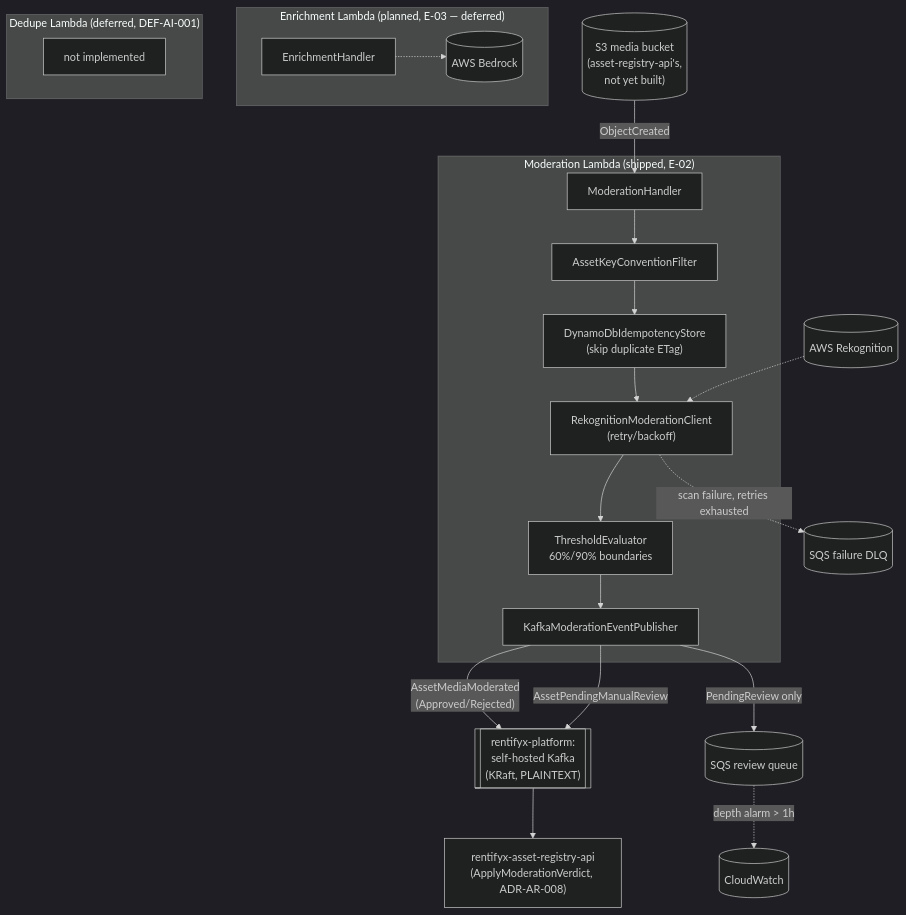
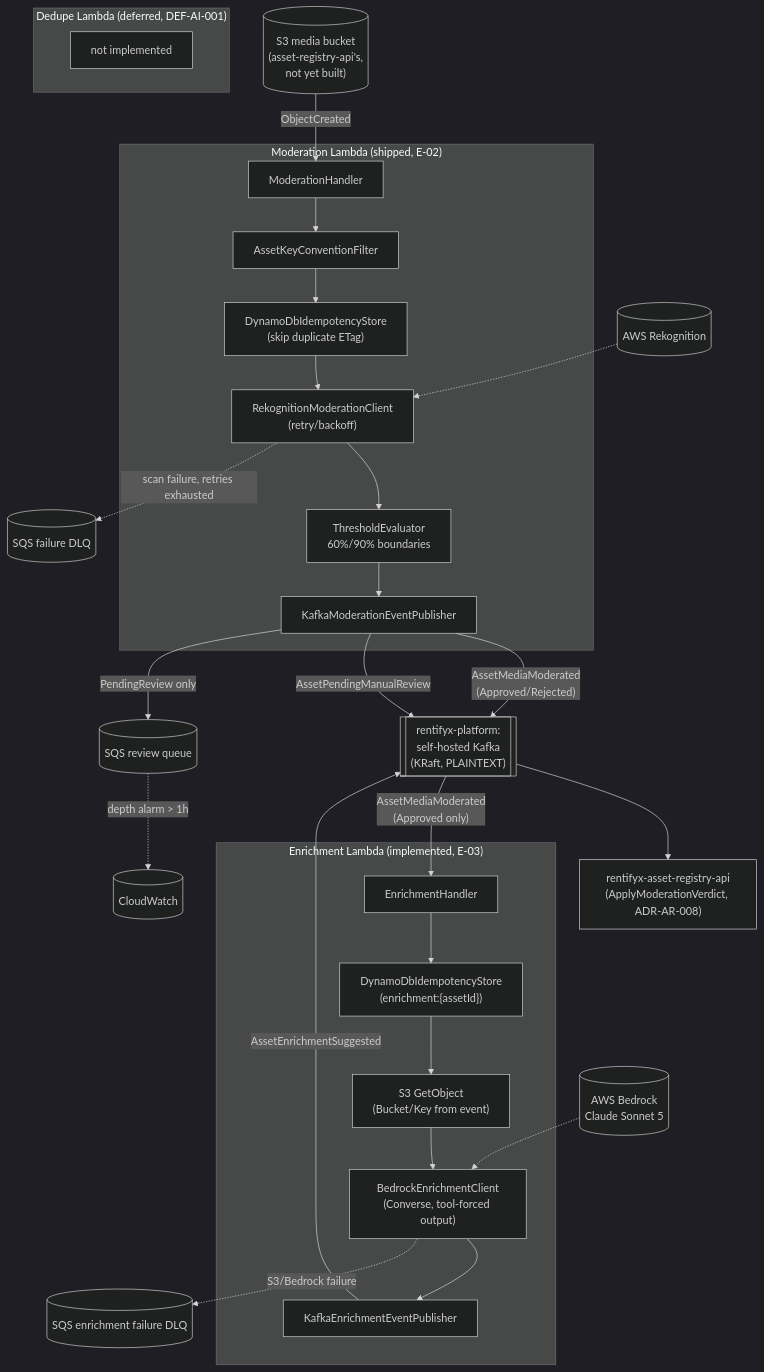
Before and after one commit to eugeniobandeira/rentifyx-ai-services: the diagram in README.md, drawn with Mermaid (dark theme). The commit also changed other lines of this file and 1 other file, not shown here.

First line of the commit message:
docs: document Lambda triggers, infra, and fix stale Enrichment status

````diff
--- a/README.md
+++ b/README.md
@@ -23,30 +23,39 @@
 ```mermaid
 flowchart TB
     S3[("S3 media bucket<br/>(asset-registry-api's,<br/>not yet built)")] -->|ObjectCreated| ModHandler["ModerationHandler"]
 
     subgraph Moderation["Moderation Lambda (shipped, E-02)"]
         ModHandler --> KeyFilter["AssetKeyConventionFilter"]
         KeyFilter --> Idem["DynamoDbIdempotencyStore<br/>(skip duplicate ETag)"]
         Idem --> Rek["RekognitionModerationClient<br/>(retry/backoff)"]
         Rek --> Threshold["ThresholdEvaluator<br/>60%/90% boundaries"]
         Threshold --> Pub["KafkaModerationEventPublisher"]
     end
 
     Rekognition[("AWS Rekognition")] -.-> Rek
     Rek -.->|scan failure, retries exhausted| FailureDLQ[("SQS failure DLQ")]
 
     Pub -->|"AssetMediaModerated<br/>(Approved/Rejected)"| Kafka[["rentifyx-platform:<br/>self-hosted Kafka<br/>(KRaft, PLAINTEXT)"]]
     Pub -->|"AssetPendingManualReview"| Kafka
     Pub -->|PendingReview only| ReviewQ[("SQS review queue")]
     ReviewQ -.->|"depth alarm > 1h"| CloudWatch[("CloudWatch")]
 
     Kafka --> AssetAPI["rentifyx-asset-registry-api<br/>(ApplyModerationVerdict, ADR-AR-008)"]
 
-    subgraph Enrichment["Enrichment Lambda (planned, E-03 — deferred)"]
-        EnrHandler["EnrichmentHandler"] -.-> Bedrock[("AWS Bedrock")]
+    Kafka -->|"AssetMediaModerated<br/>(Approved only)"| EnrHandler["EnrichmentHandler"]
+
+    subgraph Enrichment["Enrichment Lambda (implemented, E-03)"]
+        EnrHandler --> EnrIdem["DynamoDbIdempotencyStore<br/>(enrichment:{assetId})"]
+        EnrIdem --> S3Get["S3 GetObject<br/>(Bucket/Key from event)"]
+        S3Get --> BedrockClient["BedrockEnrichmentClient<br/>(Converse, tool-forced output)"]
+        BedrockClient --> EnrPub["KafkaEnrichmentEventPublisher"]
     end
+
+    Bedrock[("AWS Bedrock<br/>Claude Sonnet 5")] -.-> BedrockClient
+    BedrockClient -.->|"S3/Bedrock failure"| EnrFailureDLQ[("SQS enrichment failure DLQ")]
+    EnrPub -->|"AssetEnrichmentSuggested"| Kafka
 
     subgraph Dedupe["Dedupe Lambda (deferred, DEF-AI-001)"]
         DedupeHandler["not implemented"]
     end
 ```
````
